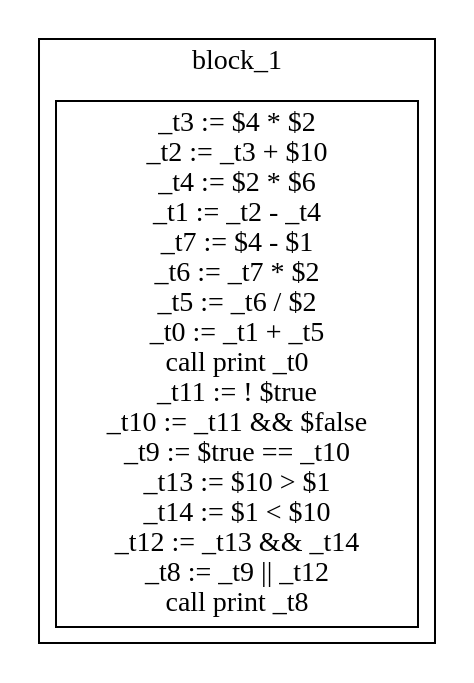
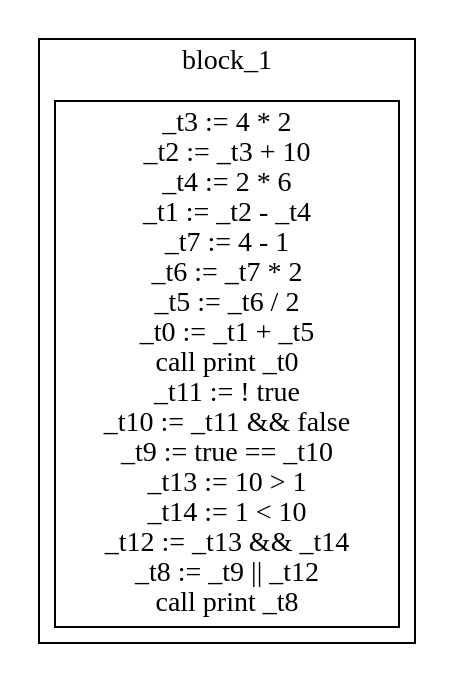
One commit to alexyhb/Compiler3IR changed the diagram in cfg.dot. Above: the diagram before and after it, drawn with Graphviz. The commit also changed 19 other files, not shown here.

```diff
--- a/cfg.dot
+++ b/cfg.dot
@@ -1,8 +1,8 @@
 digraph {
 graph [splines=ortho]
 node [shape=box];
 subgraph "clusterMinimal" {
 label = "block_1";
-4[shape=box label="_t3 := $4 * $2\n_t2 := _t3 + $10\n_t4 := $2 * $6\n_t1 := _t2 - _t4\n_t7 := $4 - $1\n_t6 := _t7 * $2\n_t5 := _t6 / $2\n_t0 := _t1 + _t5\ncall print _t0\n_t11 := ! $true\n_t10 := _t11 && $false\n_t9 := $true == _t10\n_t13 := $10 > $1\n_t14 := $1 < $10\n_t12 := _t13 && _t14\n_t8 := _t9 || _t12\ncall print _t8\n"];
+4[shape=box label="_t3 := 4 * 2\n_t2 := _t3 + 10\n_t4 := 2 * 6\n_t1 := _t2 - _t4\n_t7 := 4 - 1\n_t6 := _t7 * 2\n_t5 := _t6 / 2\n_t0 := _t1 + _t5\ncall print _t0\n_t11 := ! true\n_t10 := _t11 && false\n_t9 := true == _t10\n_t13 := 10 > 1\n_t14 := 1 < 10\n_t12 := _t13 && _t14\n_t8 := _t9 || _t12\ncall print _t8\n"];
 }
 }
```
